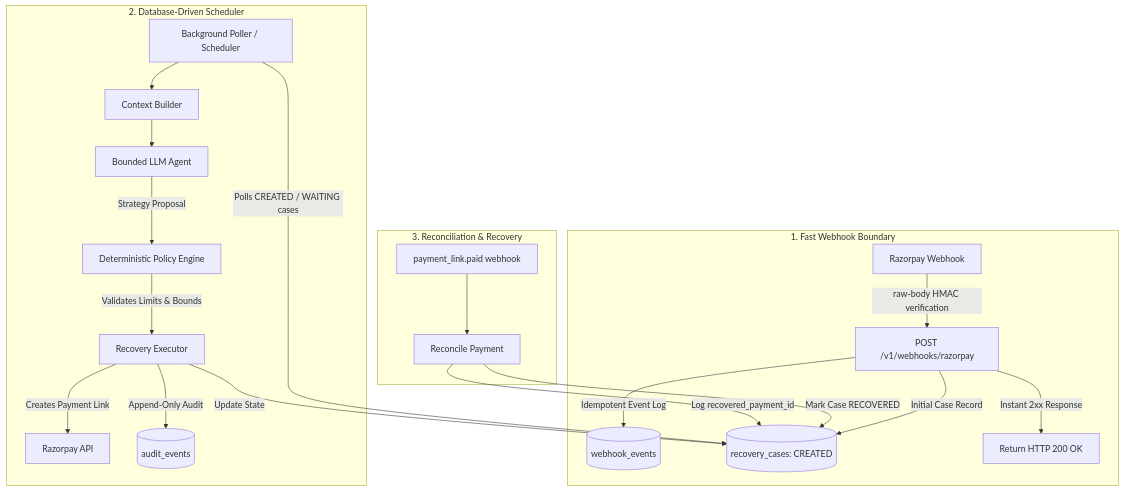
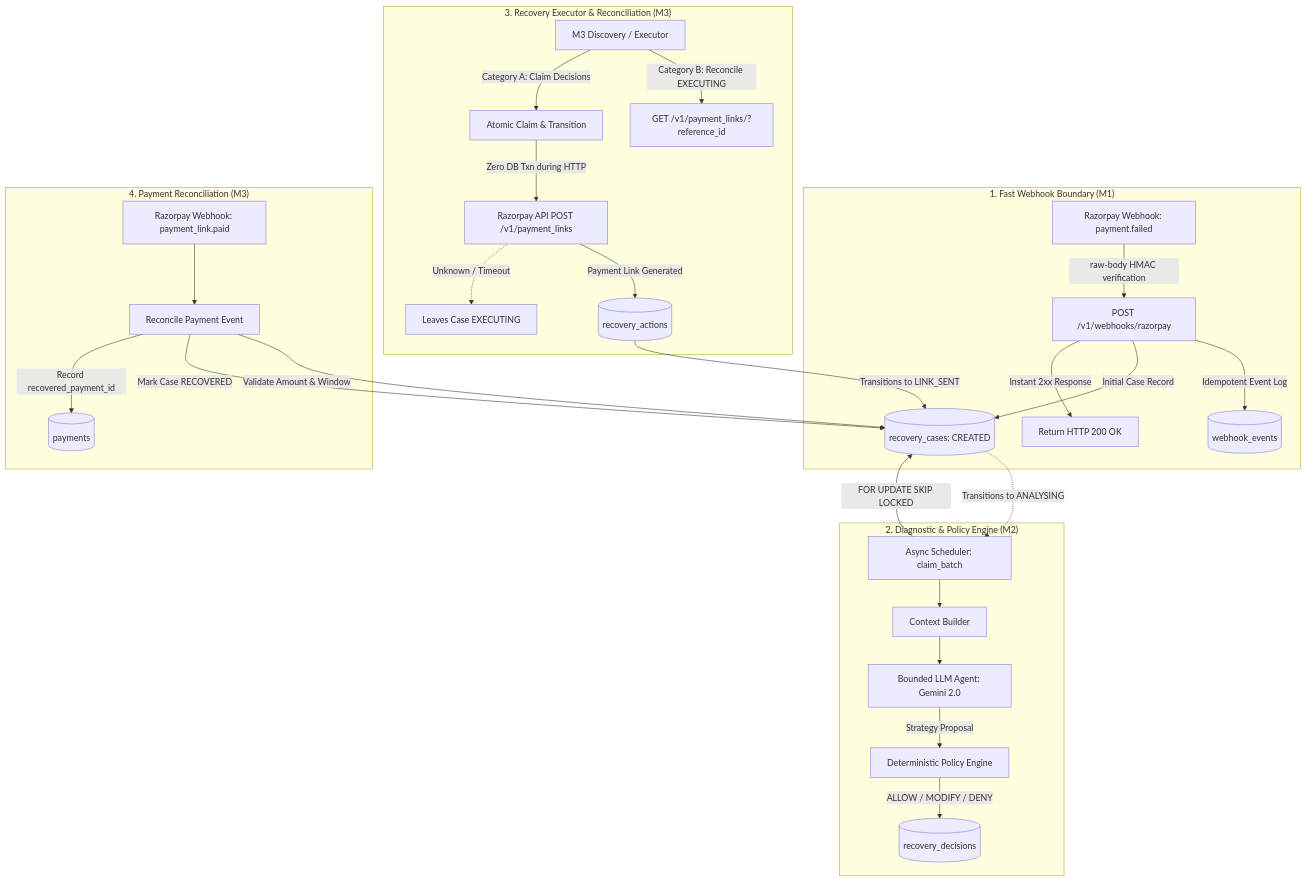
One commit to TechGenDM/RecoverAI changed the first of 2 diagrams in README.md. Above: the diagram before and after it, drawn with Mermaid. The commit also changed other lines of this file, not shown here.

Commit message:
docs(readme): update M3 status badge, system architecture, state machine, and safety invariants

````diff
--- a/README.md
+++ b/README.md
@@ -46,26 +48,34 @@
 ```mermaid
 flowchart TD
-    subgraph WebhookLayer["1. Fast Webhook Boundary"]
-        WH[Razorpay Webhook] -->|raw-body HMAC verification| EP["POST /v1/webhooks/razorpay"]
+    subgraph WebhookLayer["1. Fast Webhook Boundary (M1)"]
+        WH[Razorpay Webhook: payment.failed] -->|raw-body HMAC verification| EP["POST /v1/webhooks/razorpay"]
         EP -->|Idempotent Event Log| WHTable[(webhook_events)]
         EP -->|Initial Case Record| RCTable[(recovery_cases: CREATED)]
         EP -->|Instant 2xx Response| WHResp[Return HTTP 200 OK]
     end
 
-    subgraph AsyncPipeline["2. Database-Driven Scheduler"]
-        SCHED[Background Poller / Scheduler] -->|Polls CREATED / WAITING cases| RCTable
+    subgraph AnalysisEngine["2. Diagnostic & Policy Engine (M2)"]
+        SCHED[Async Scheduler: claim_batch] -->|FOR UPDATE SKIP LOCKED| RCTable
+        RCTable -.->|Transitions to ANALYSING| SCHED
         SCHED --> CB[Context Builder]
-        CB --> LLM[Bounded LLM Agent]
+        CB --> LLM[Bounded LLM Agent: Gemini 2.0]
         LLM -->|Strategy Proposal| PE[Deterministic Policy Engine]
-        PE -->|Validates Limits & Bounds| EXEC[Recovery Executor]
-        EXEC -->|Creates Payment Link| RZP_API[Razorpay API]
-        EXEC -->|Append-Only Audit| AUDIT[(audit_events)]
-        EXEC -->|Update State| RCTable
+        PE -->|ALLOW / MODIFY / DENY| DEC[(recovery_decisions)]
     end
 
-    subgraph Reconciliation["3. Reconciliation & Recovery"]
-        RZP_PAID[payment_link.paid webhook] --> RC_SYNC[Reconcile Payment]
+    subgraph RecoveryExecutor["3. Recovery Executor & Reconciliation (M3)"]
+        EXEC_SCHED[M3 Discovery / Executor] -->|Category B: Reconcile EXECUTING| RECON_B[GET /v1/payment_links/?reference_id]
+        EXEC_SCHED -->|Category A: Claim Decisions| CLAIM[Atomic Claim & Transition]
+        CLAIM -->|Zero DB Txn during HTTP| RZP_API[Razorpay API POST /v1/payment_links]
+        RZP_API -->|Payment Link Generated| ACT[(recovery_actions)]
+        ACT -->|Transitions to LINK_SENT| RCTable
+        RZP_API -.->|Unknown / Timeout| UNK[Leaves Case EXECUTING]
+    end
+
+    subgraph WebhookRecon["4. Payment Reconciliation (M3)"]
+        RZP_PAID[Razorpay Webhook: payment_link.paid] --> RC_SYNC[Reconcile Payment Event]
+        RC_SYNC -->|Validate Amount & Window| RCTable
         RC_SYNC -->|Mark Case RECOVERED| RCTable
-        RC_SYNC -->|Log recovered_payment_id| RCTable
+        RC_SYNC -->|Record recovered_payment_id| PAYTable[(payments)]
     end
 ```
````
